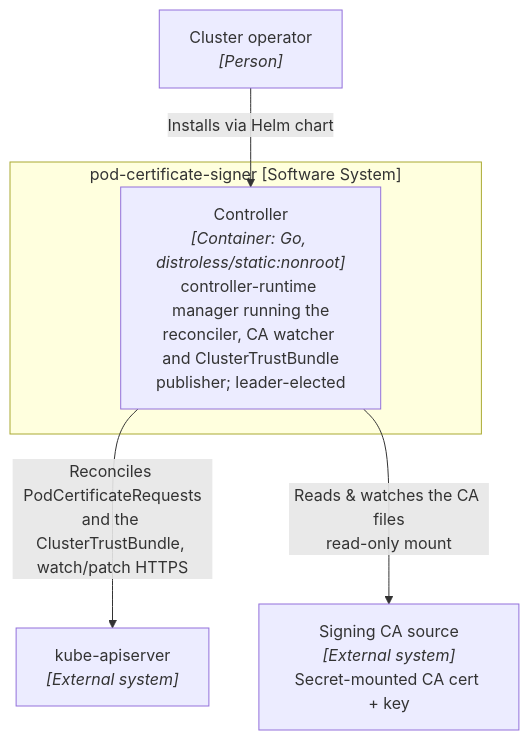
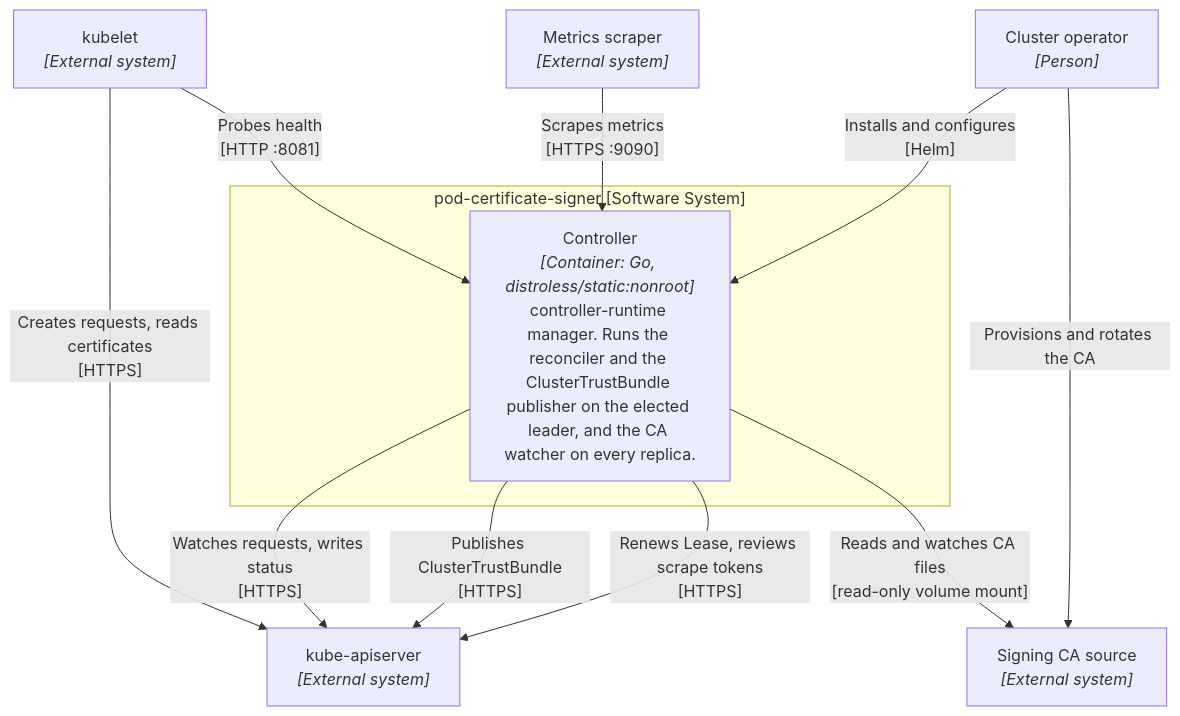
One commit to RafPe/pod-certificate-signer changed the third of 4 diagrams in docs/architecture.md. Above: the diagram before and after it, drawn with Mermaid. The commit also changed other lines of this file and 36 other files, not shown here.

First line of the commit message:
docs: check every page against the code, correct the diagrams and write in plain English (#191)

````diff
--- a/docs/architecture.md
+++ b/docs/architecture.md
@@ -103,15 +140,23 @@
 ```mermaid
 flowchart TB
+    kubelet["kubelet<br/><i>[External system]</i>"]
+    scraper["Metrics scraper<br/><i>[External system]</i>"]
     operator["Cluster operator<br/><i>[Person]</i>"]
 
     subgraph signer["pod-certificate-signer [Software System]"]
-        controller["Controller<br/><i>[Container: Go, distroless/static:nonroot]</i><br/>controller-runtime manager running the<br/>reconciler, CA watcher and ClusterTrustBundle<br/>publisher; leader-elected"]
+        controller["Controller<br/><i>[Container: Go, distroless/static:nonroot]</i><br/>controller-runtime manager. Runs the reconciler and the ClusterTrustBundle publisher on the elected leader, and the CA watcher on every replica."]
     end
 
     api["kube-apiserver<br/><i>[External system]</i>"]
-    ca["Signing CA source<br/><i>[External system]</i><br/>Secret-mounted CA cert + key"]
+    ca["Signing CA source<br/><i>[External system]</i>"]
 
-    operator -->|Installs via Helm chart| controller
-    controller -->|Reconciles PodCertificateRequests<br/>and the ClusterTrustBundle, watch/patch HTTPS| api
-    controller -->|Reads &amp; watches the CA files<br/>read-only mount| ca
+    kubelet -->|"Creates requests, reads certificates<br/>[HTTPS]"| api
+    kubelet -->|"Probes health<br/>[HTTP :8081]"| controller
+    scraper -->|"Scrapes metrics<br/>[HTTPS :9090]"| controller
+    controller -->|"Watches requests, writes status<br/>[HTTPS]"| api
+    controller -->|"Publishes ClusterTrustBundle<br/>[HTTPS]"| api
+    controller -->|"Renews Lease, reviews scrape tokens<br/>[HTTPS]"| api
+    controller -->|"Reads and watches CA files<br/>[read-only volume mount]"| ca
+    operator -->|"Installs and configures<br/>[Helm]"| controller
+    operator -->|"Provisions and rotates the CA"| ca
 ```
````
